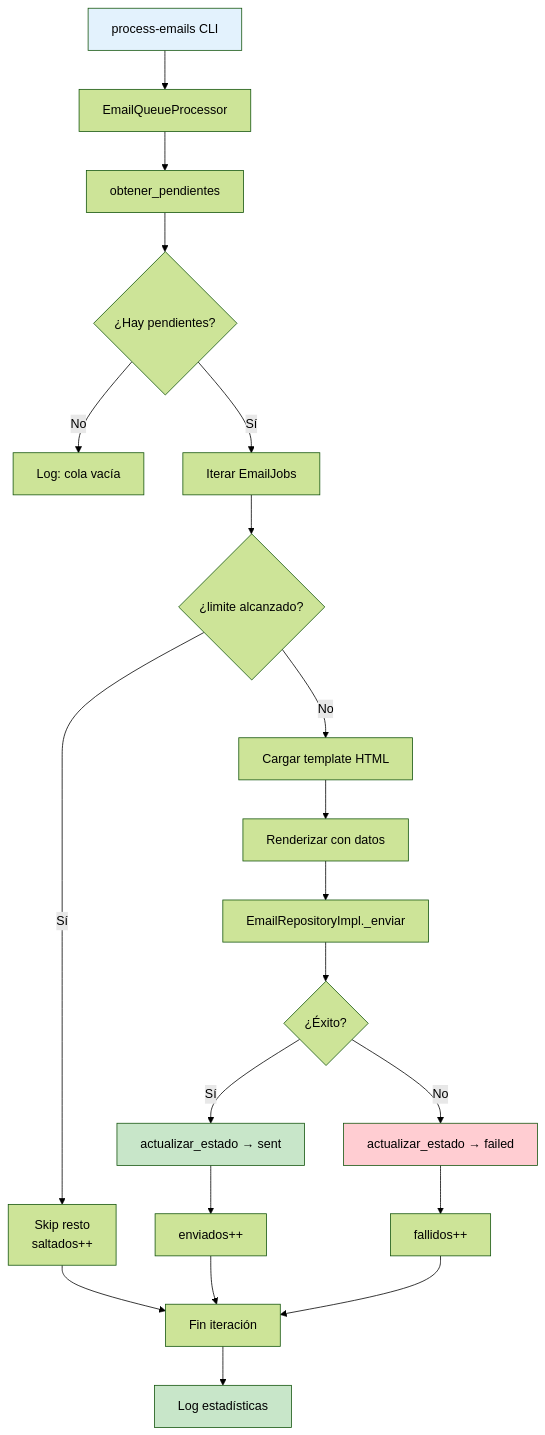
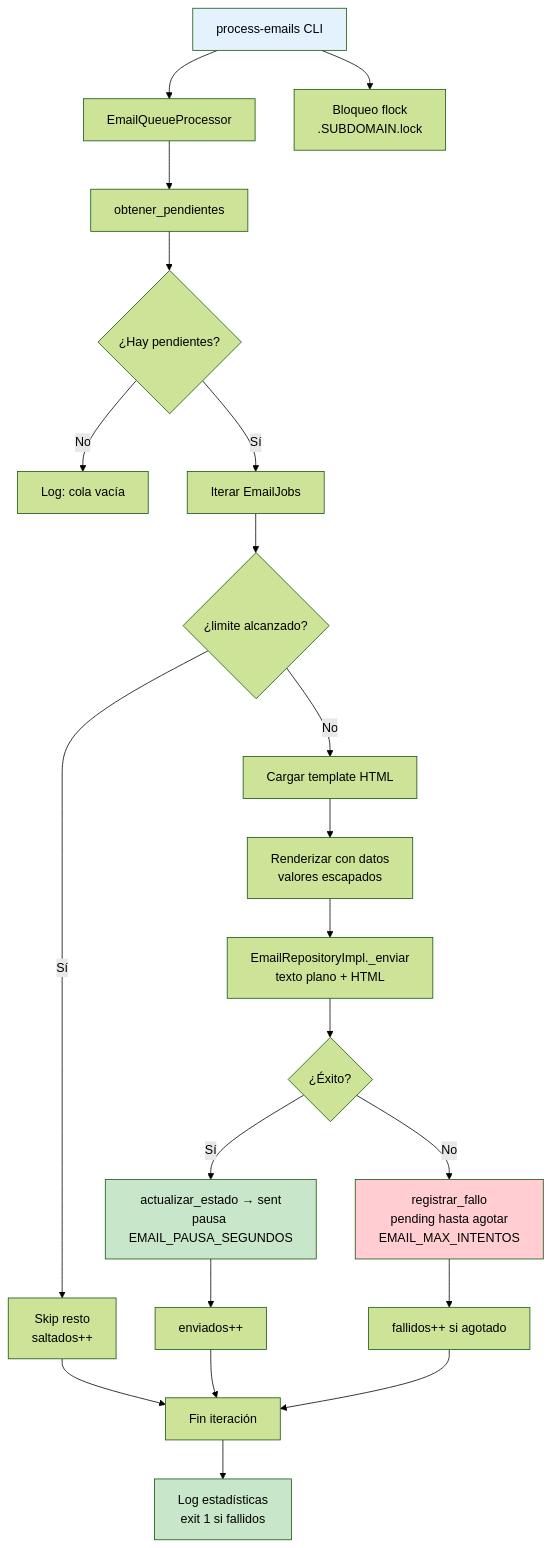
One commit to FPVirtual/fp-virtual-gestion-alumnos changed diagram 12 of 13 in docus/flujos.md. Above: the diagram before and after it, drawn with Mermaid (forest theme). The commit also changed other lines of this file and 35 other files, not shown here.

````diff
--- a/docus/flujos.md
+++ b/docus/flujos.md
@@ -433,30 +440,32 @@
 ```mermaid
 flowchart TD
     A[process-emails CLI] --> B[EmailQueueProcessor]
     B --> C[obtener_pendientes]
     C --> D{¿Hay pendientes?}
     D -->|No| E[Log: cola vacía]
     D -->|Sí| F[Iterar EmailJobs]
 
+    A --> Z[Bloqueo flock<br/>.SUBDOMAIN.lock]
+
     F --> G{¿limite alcanzado?}
     G -->|Sí| H[Skip resto<br/>saltados++]
     G -->|No| I[Cargar template HTML]
-    I --> J[Renderizar con datos]
-    J --> K[EmailRepositoryImpl._enviar]
+    I --> J[Renderizar con datos<br/>valores escapados]
+    J --> K[EmailRepositoryImpl._enviar<br/>texto plano + HTML]
     K --> L{¿Éxito?}
-    L -->|Sí| M[actualizar_estado → sent]
-    L -->|No| N[actualizar_estado → failed]
+    L -->|Sí| M[actualizar_estado → sent<br/>pausa EMAIL_PAUSA_SEGUNDOS]
+    L -->|No| N[registrar_fallo<br/>pending hasta agotar<br/>EMAIL_MAX_INTENTOS]
 
     M --> O[enviados++]
-    N --> P[fallidos++]
+    N --> P[fallidos++ si agotado]
     H --> Q[Fin iteración]
     O --> Q
     P --> Q
 
-    Q --> R[Log estadísticas]
+    Q --> R[Log estadísticas<br/>exit 1 si fallidos]
 
     style A fill:#e3f2fd
     style R fill:#c8e6c9
     style M fill:#c8e6c9
     style N fill:#ffcdd2
 ```
````
